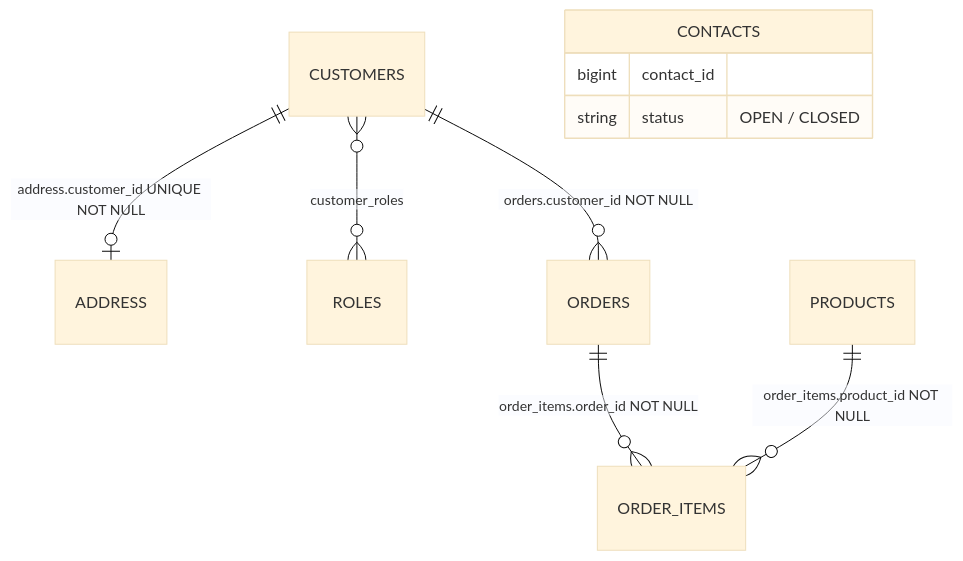
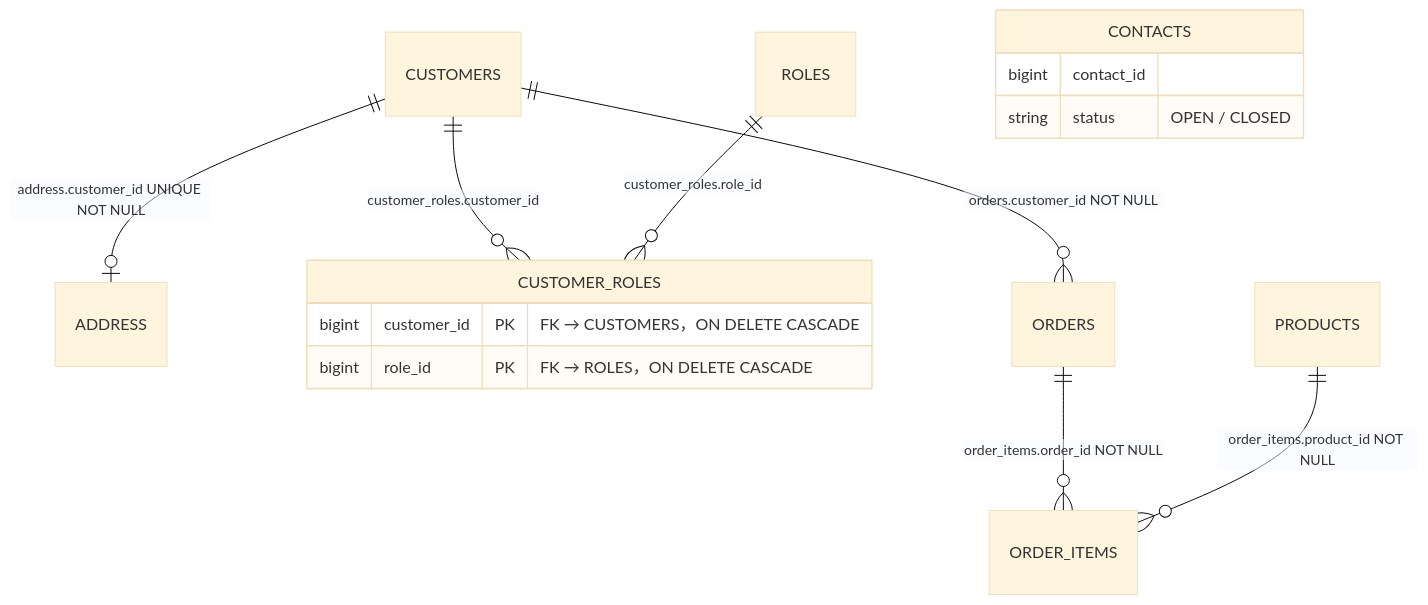
One commit to tonysk0210/react-springboot-webapp changed the fifth of 5 diagrams in README.md. Above: the diagram before and after it, drawn with Mermaid (base theme). The commit also changed other lines of this file, not shown here.

````diff
--- a/README.md
+++ b/README.md
@@ -293,12 +293,17 @@
 ```mermaid
 erDiagram
-    CUSTOMERS ||--o| ADDRESS     : "address.customer_id UNIQUE NOT NULL"
-    CUSTOMERS }o--o{ ROLES       : "customer_roles"
-    CUSTOMERS ||--o{ ORDERS      : "orders.customer_id NOT NULL"
-    ORDERS    ||--o{ ORDER_ITEMS : "order_items.order_id NOT NULL"
-    PRODUCTS  ||--o{ ORDER_ITEMS : "order_items.product_id NOT NULL"
+    CUSTOMERS ||--o| ADDRESS        : "address.customer_id UNIQUE NOT NULL"
+    CUSTOMERS ||--o{ CUSTOMER_ROLES : "customer_roles.customer_id"
+    ROLES     ||--o{ CUSTOMER_ROLES : "customer_roles.role_id"
+    CUSTOMERS ||--o{ ORDERS         : "orders.customer_id NOT NULL"
+    ORDERS    ||--o{ ORDER_ITEMS    : "order_items.order_id NOT NULL"
+    PRODUCTS  ||--o{ ORDER_ITEMS    : "order_items.product_id NOT NULL"
+    CUSTOMER_ROLES {
+        bigint customer_id PK "FK → CUSTOMERS，ON DELETE CASCADE"
+        bigint role_id PK "FK → ROLES，ON DELETE CASCADE"
+    }
     CONTACTS {
         bigint contact_id
         string status "OPEN / CLOSED"
     }
 ```
````
